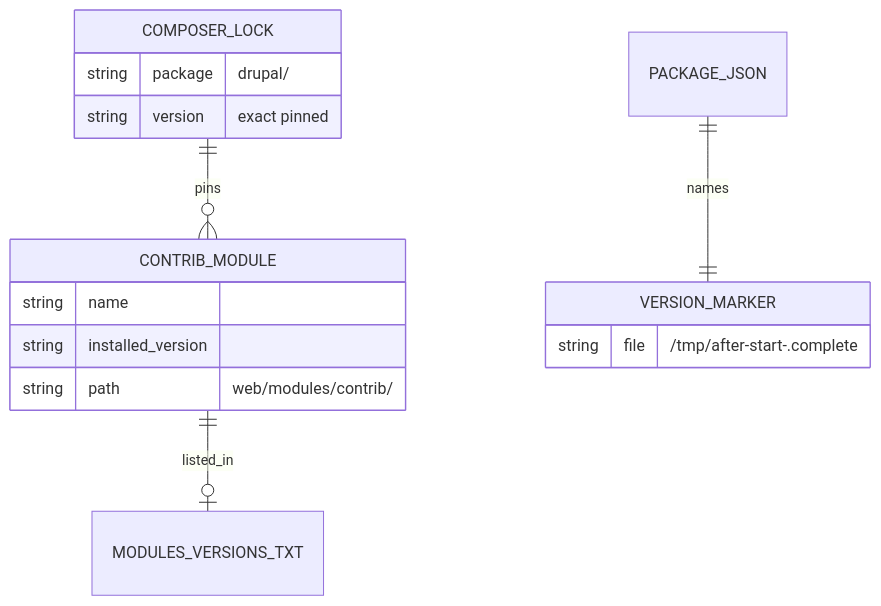
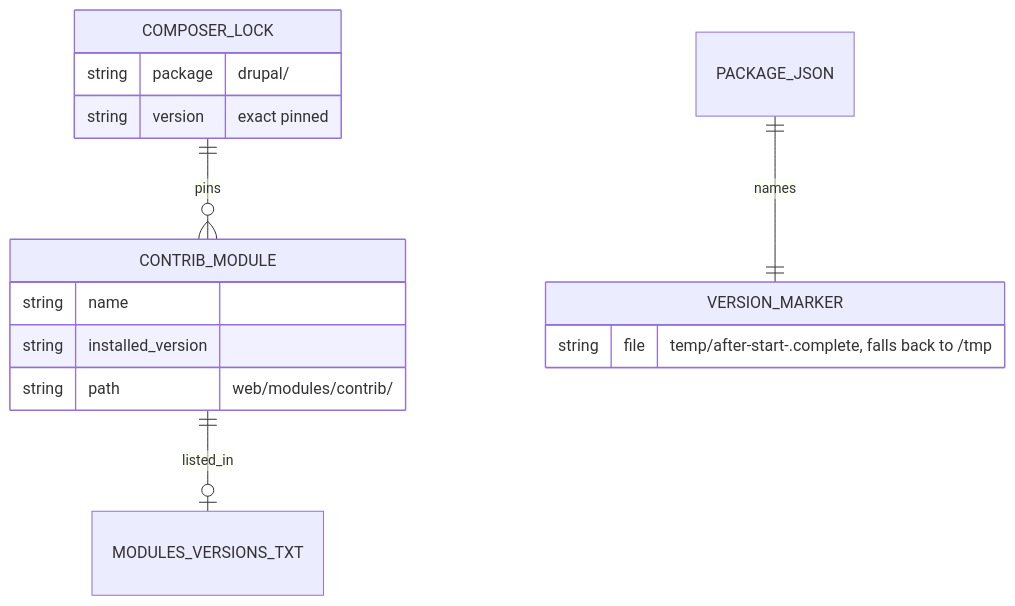
One commit to scbd/drupal-docker-wrapper changed the seventh of 9 diagrams in docs/architecture.md. Above: the diagram before and after it, drawn with Mermaid. The commit also changed other lines of this file and 9 other files, not shown here.

````diff
--- a/docs/architecture.md
+++ b/docs/architecture.md
@@ -235,18 +234,18 @@
 ```mermaid
 erDiagram
   COMPOSER_LOCK ||--o{ CONTRIB_MODULE : pins
   CONTRIB_MODULE ||--o| MODULES_VERSIONS_TXT : listed_in
   PACKAGE_JSON ||--|| VERSION_MARKER : names
   COMPOSER_LOCK {
     string package "drupal/<name>"
     string version "exact pinned"
   }
   CONTRIB_MODULE {
     string name
     string installed_version
     string path "web/modules/contrib/<name>"
   }
   VERSION_MARKER {
-    string file "/tmp/after-start-<version>.complete"
+    string file "temp/after-start-<version>.complete, falls back to /tmp"
   }
 ```
````
